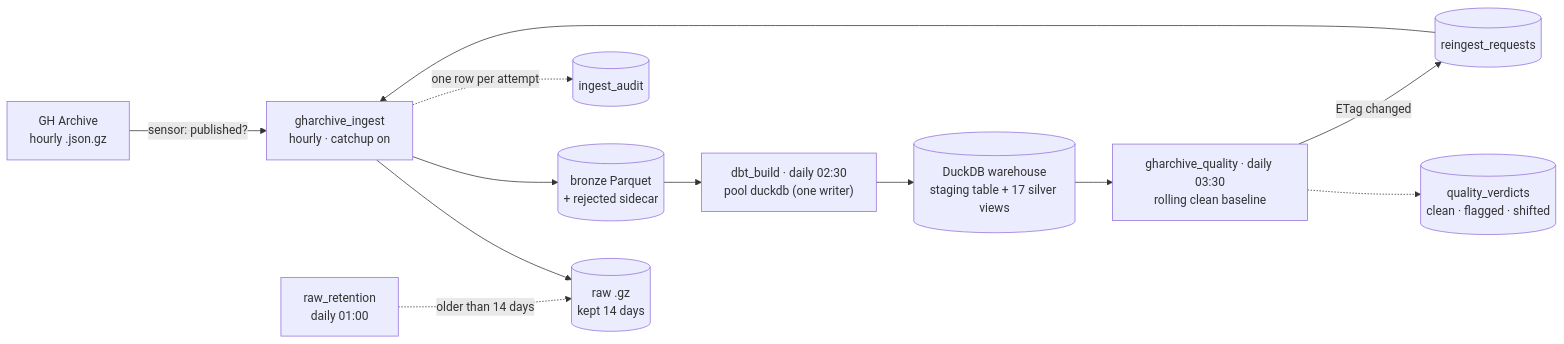
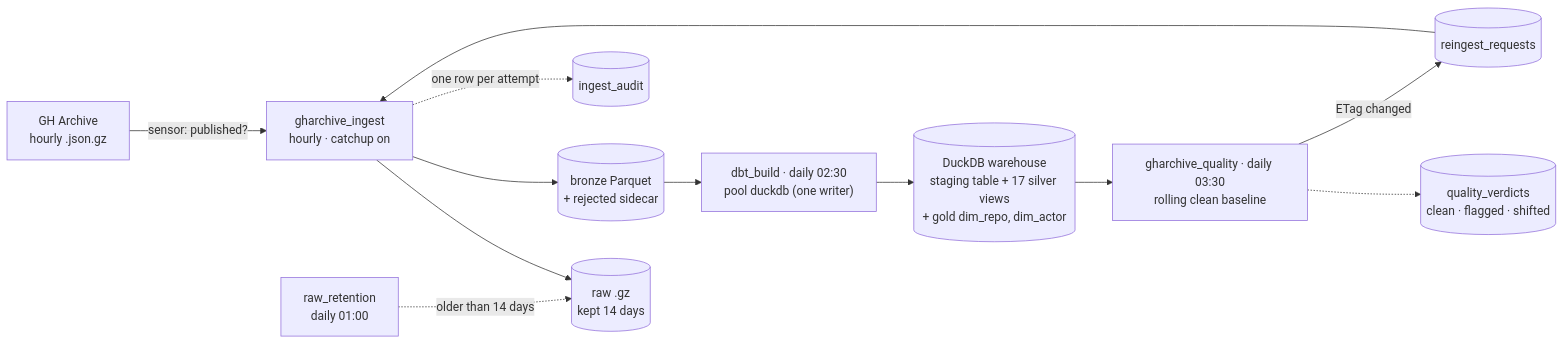
The third of 5 diagrams in docs/architecture.md (loadbearingcode-222/ghflow), drawn with Mermaid before and after one commit. The commit also changed other lines of this file and 18 other files, not shown here.

First line of the commit message:
docs: M3-S3 verdicts, the store split, ADR-0009 amended, architecture and README for v0.3.0

````diff
--- a/docs/architecture.md
+++ b/docs/architecture.md
@@ -117,13 +117,13 @@
 ```mermaid
 flowchart LR
   GA["GH Archive<br/>hourly .json.gz"] -->|"sensor: published?"| ING["gharchive_ingest<br/>hourly · catchup on"]
   ING --> RAW[("raw .gz<br/>kept 14 days")]
   ING --> BRZ[("bronze Parquet<br/>+ rejected sidecar")]
   ING -.->|one row per attempt| AUD[("ingest_audit")]
   RET["raw_retention<br/>daily 01:00"] -.->|older than 14 days| RAW
   BRZ --> DBT["dbt_build · daily 02:30<br/>pool duckdb (one writer)"]
-  DBT --> WH[("DuckDB warehouse<br/>staging table + 17 silver views")]
+  DBT --> WH[("DuckDB warehouse<br/>staging table + 17 silver views<br/>+ gold dim_repo, dim_actor")]
   WH --> QUA["gharchive_quality · daily 03:30<br/>rolling clean baseline"]
   QUA -.-> VER[("quality_verdicts<br/>clean · flagged · shifted")]
   QUA -->|ETag changed| REQ[("reingest_requests")] --> ING
 ```
````
